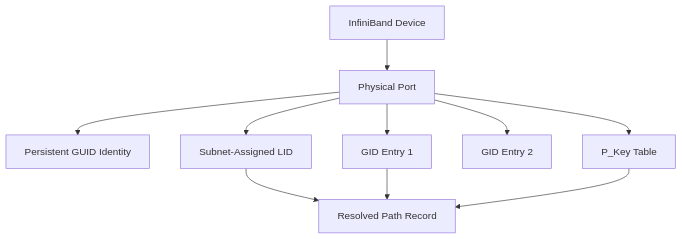
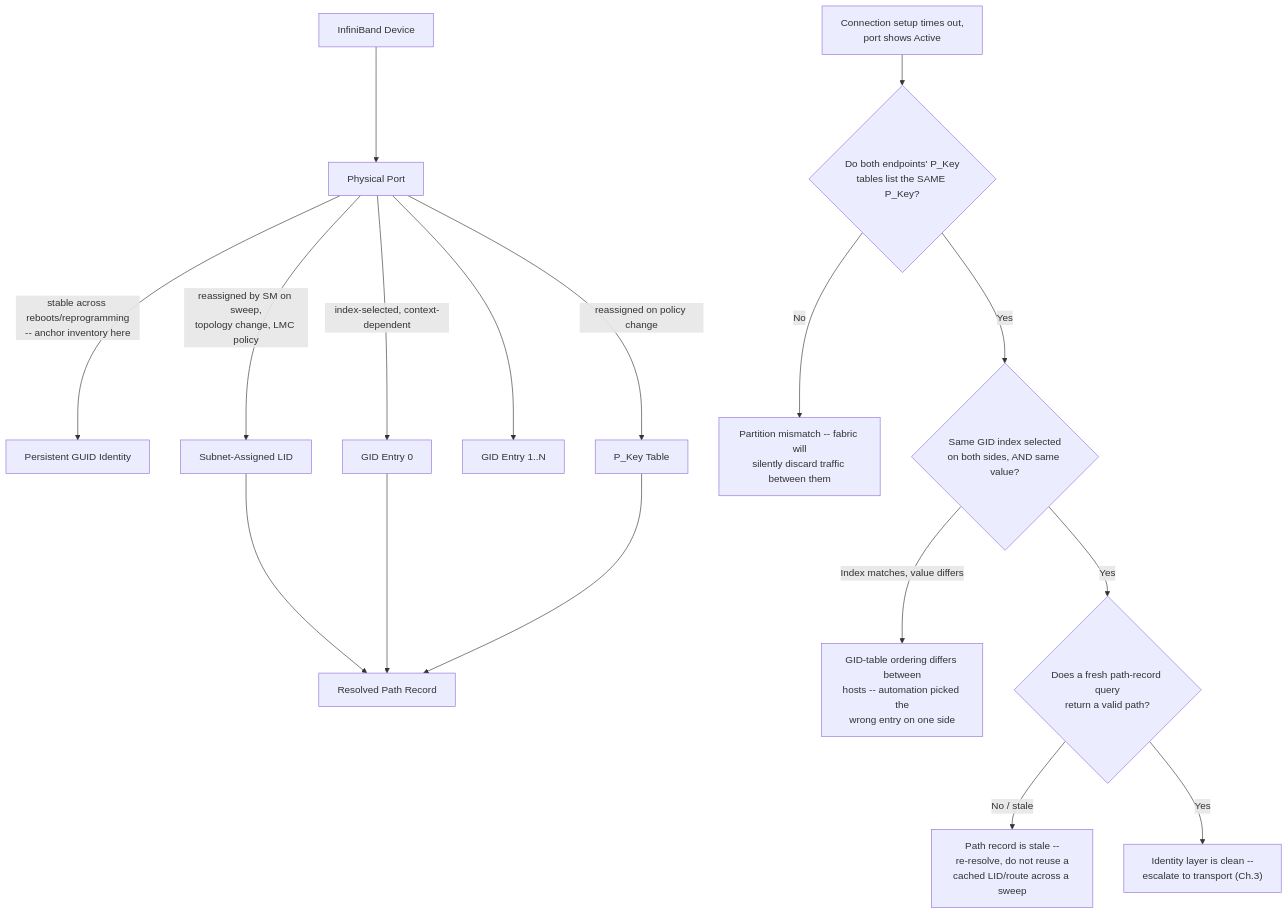
Before and after one commit to jithinpnjm/nvidia-devops: the first of 4 diagrams in docs/nvidia-zero-to-hero/volume-08/chapter-04-lids-gids-pkeys-and-addressing.md, drawn with Mermaid. The commit also changed other lines of this file, not shown here.

````diff
--- a/docs/nvidia-zero-to-hero/volume-08/chapter-04-lids-gids-pkeys-and-addressing.md
+++ b/docs/nvidia-zero-to-hero/volume-08/chapter-04-lids-gids-pkeys-and-addressing.md
@@ -61,21 +61,20 @@
 ```mermaid
 flowchart TD
-    Device[InfiniBand Device]
-    Port[Physical Port]
-    GUID[Persistent GUID Identity]
-    LID[Subnet-Assigned LID]
-    GID1[GID Entry 1]
-    GID2[GID Entry 2]
-    PKEY[P_Key Table]
-    Path[Resolved Path Record]
-
-    Device --> Port
-    Port --> GUID
-    Port --> LID
-    Port --> GID1
-    Port --> GID2
-    Port --> PKEY
-    LID --> Path
+    Device[InfiniBand Device] --> Port[Physical Port]
+    Port -->|"stable across reboots/reprogramming<br/>-- anchor inventory here"| GUID[Persistent GUID Identity]
+    Port -->|"reassigned by SM on sweep,<br/>topology change, LMC policy"| LID[Subnet-Assigned LID]
+    Port -->|"index-selected, context-dependent"| GID1[GID Entry 0]
+    Port --> GID2[GID Entry 1..N]
+    Port -->|"reassigned on policy change"| PKEY[P_Key Table]
+    LID --> Path[Resolved Path Record]
     GID1 --> Path
     PKEY --> Path
+
+    Sym["Connection setup times out,<br/>port shows Active"] --> Q1{"Do both endpoints' P_Key<br/>tables list the SAME P_Key?"}
+    Q1 -->|No| A1["Partition mismatch -- fabric will<br/>silently discard traffic between them"]
+    Q1 -->|Yes| Q2{"Same GID index selected<br/>on both sides, AND same value?"}
+    Q2 -->|"Index matches, value differs"| A2["GID-table ordering differs between<br/>hosts -- automation picked the<br/>wrong entry on one side"]
+    Q2 -->|Yes| Q3{"Does a fresh path-record query<br/>return a valid path?"}
+    Q3 -->|No / stale| A3["Path record is stale --<br/>re-resolve, do not reuse a<br/>cached LID/route across a sweep"]
+    Q3 -->|Yes| A4["Identity layer is clean --<br/>escalate to transport (Ch.3)"]
 ```
````
